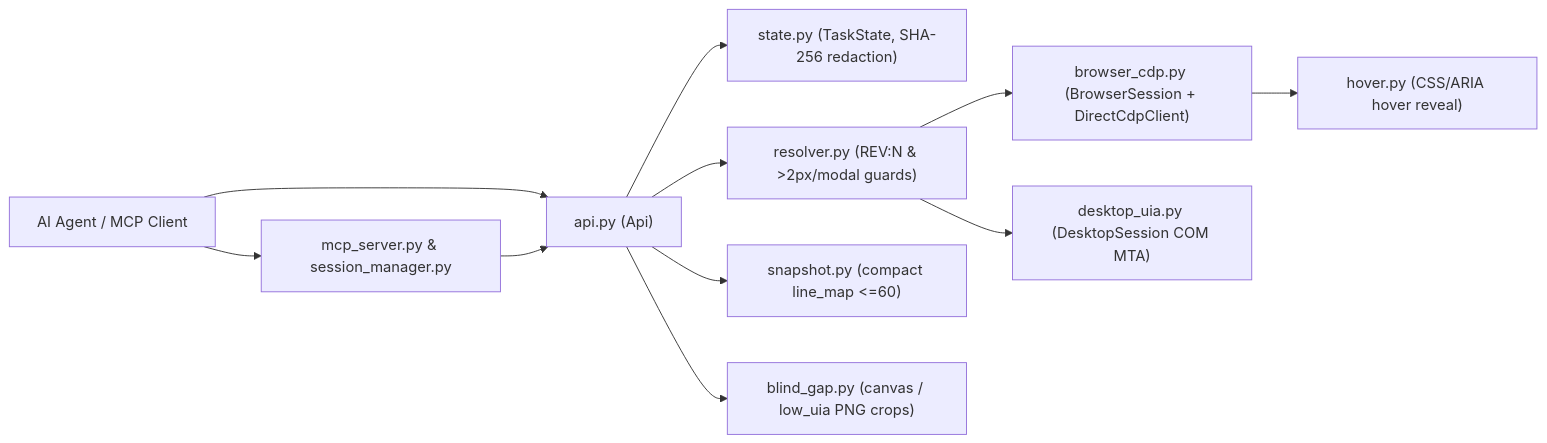
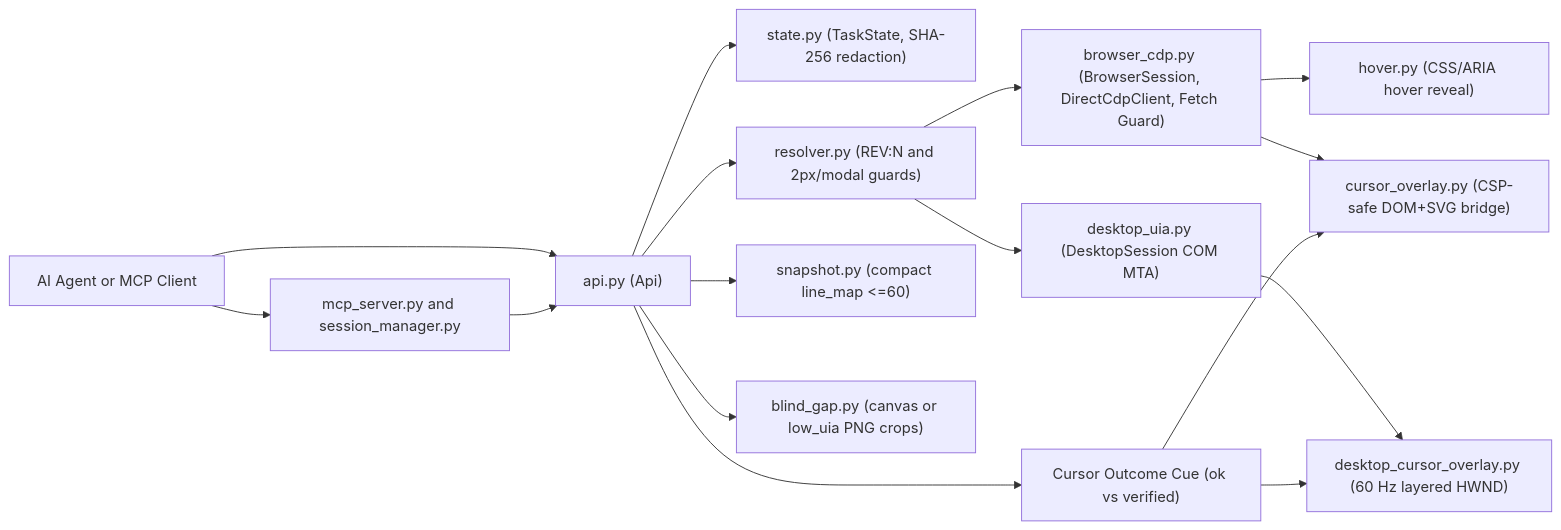
One commit to mohgomaa-art/computer-use-lite changed the diagram in docs/ARCHITECTURE.md. Above: the diagram before and after it, drawn with Mermaid. The commit also changed other lines of this file and 28 other files, not shown here.

````diff
--- a/docs/ARCHITECTURE.md
+++ b/docs/ARCHITECTURE.md
@@ -9,13 +9,18 @@
 ```mermaid
 flowchart LR
-    Agent["AI Agent / MCP Client"] --> MCP["mcp_server.py & session_manager.py"]
+    Agent["AI Agent or MCP Client"] --> MCP["mcp_server.py and session_manager.py"]
     Agent --> API["api.py (Api)"]
     MCP --> API
     API --> State["state.py (TaskState, SHA-256 redaction)"]
-    API --> Resolver["resolver.py (REV:N & >2px/modal guards)"]
+    API --> Resolver["resolver.py (REV:N and 2px/modal guards)"]
     API --> Snap["snapshot.py (compact line_map <=60)"]
-    API --> Blind["blind_gap.py (canvas / low_uia PNG crops)"]
-    Resolver --> Browser["browser_cdp.py (BrowserSession + DirectCdpClient)"]
+    API --> Blind["blind_gap.py (canvas or low_uia PNG crops)"]
+    Resolver --> Browser["browser_cdp.py (BrowserSession, DirectCdpClient, Fetch Guard)"]
     Resolver --> Desktop["desktop_uia.py (DesktopSession COM MTA)"]
     Browser --> Hover["hover.py (CSS/ARIA hover reveal)"]
+    Browser --> BOverlay["cursor_overlay.py (CSP-safe DOM+SVG bridge)"]
+    Desktop --> DOverlay["desktop_cursor_overlay.py (60 Hz layered HWND)"]
+    API --> Outcome["Cursor Outcome Cue (ok vs verified)"]
+    Outcome --> BOverlay
+    Outcome --> DOverlay
 ```
````
